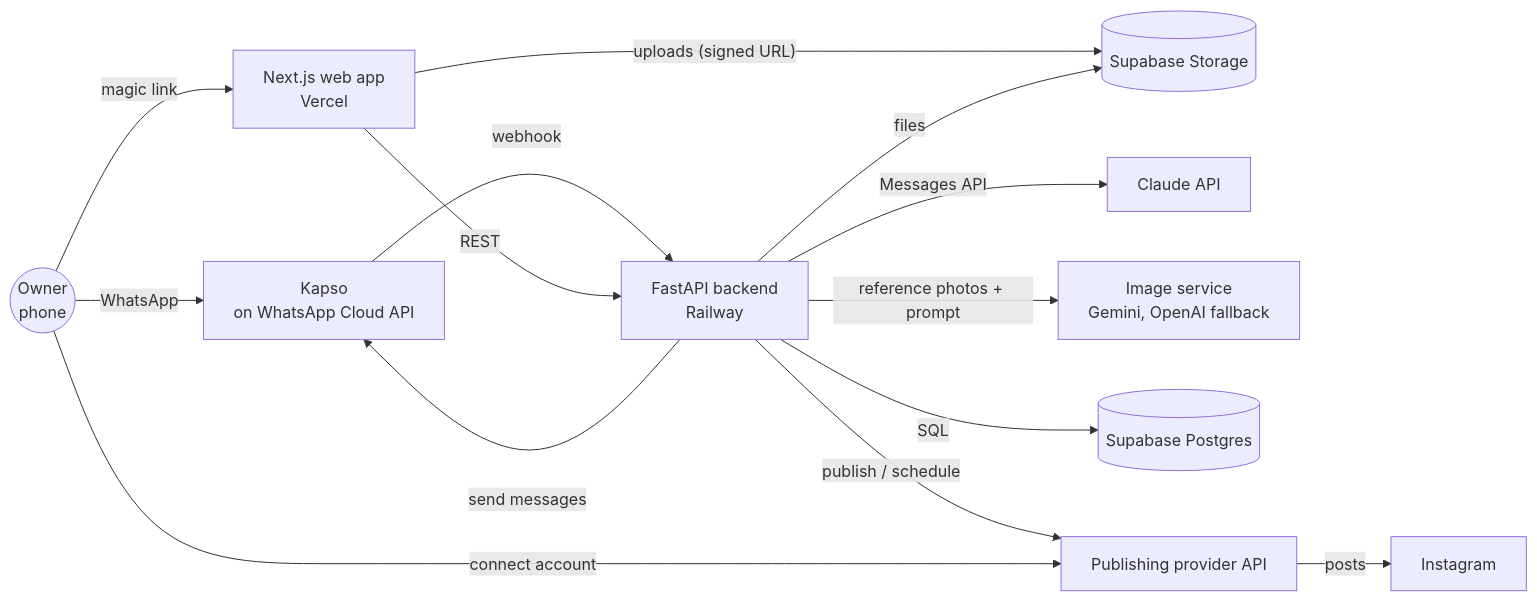
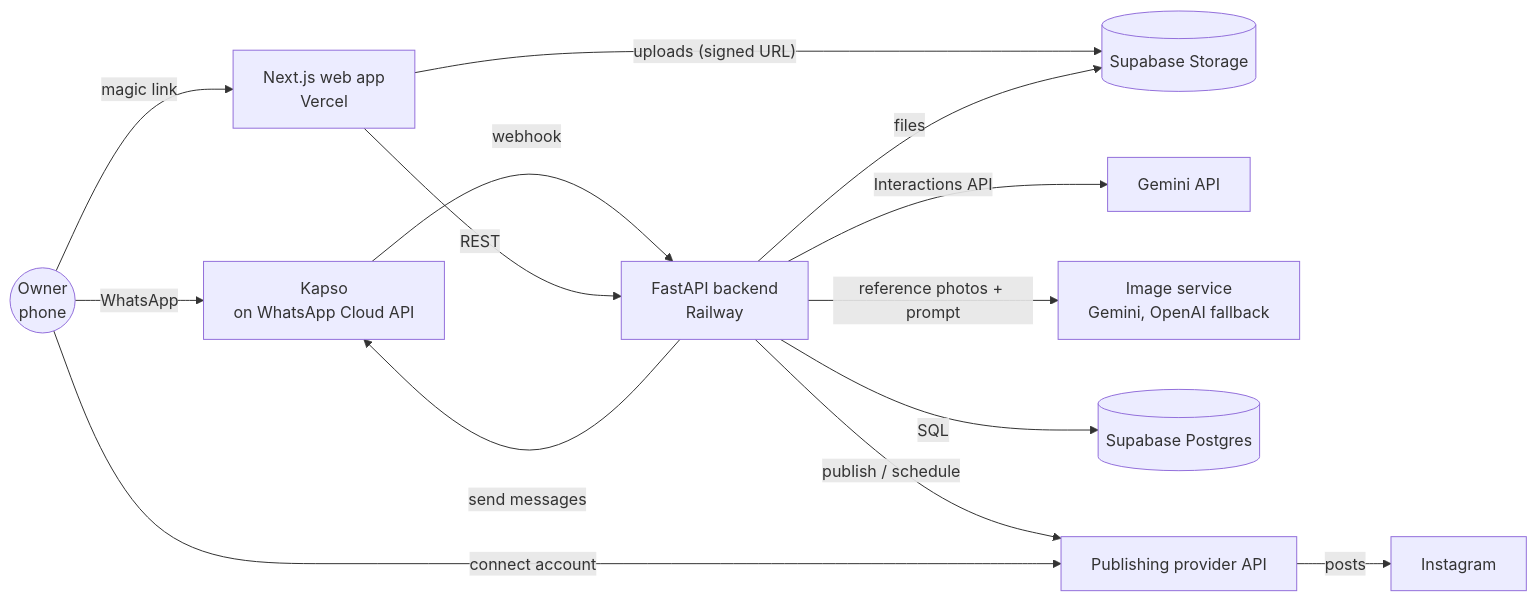
The first of 4 diagrams in docs/architecture/overview.md (Dimple6114/build101), drawn with Mermaid before and after one commit. The commit also changed other lines of this file and 52 other files, not shown here.

````diff
--- a/docs/architecture/overview.md
+++ b/docs/architecture/overview.md
@@ -5,16 +5,16 @@
 ```mermaid
 flowchart LR
     Owner((Owner<br/>phone)) -- WhatsApp --> Kapso[Kapso<br/>on WhatsApp Cloud API]
     Owner -- magic link --> Web[Next.js web app<br/>Vercel]
     Kapso -- webhook --> API[FastAPI backend<br/>Railway]
     API -- send messages --> Kapso
     Web -- REST --> API
     Web -- "uploads (signed URL)" --> Storage
-    API -- Messages API --> Claude[Claude API]
+    API -- Interactions API --> Gemini[Gemini API]
     API -- reference photos + prompt --> ImgGen[Image service<br/>Gemini, OpenAI fallback]
     API -- SQL --> DB[(Supabase Postgres)]
     API -- files --> Storage[(Supabase Storage)]
     API -- publish / schedule --> Pub[Publishing provider API]
     Pub -- posts --> IG[Instagram]
     Owner -- connect account --> Pub
 ```
````
